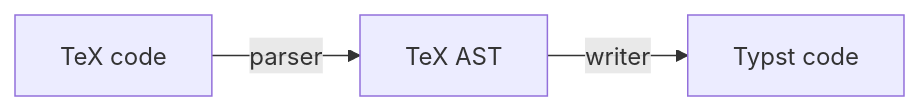
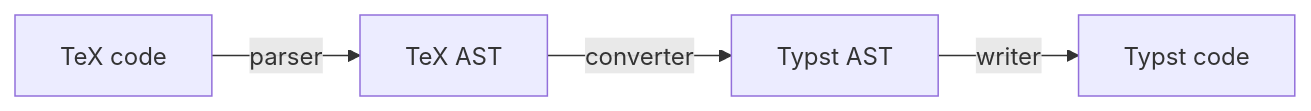
Before and after one commit to qwinsi/tex2typst: the diagram in README.md, drawn with Mermaid. The commit also changed other lines of this file, not shown here.

````diff
--- a/README.md
+++ b/README.md
@@ -60,4 +60,4 @@
 ```mermaid
 graph LR
-    tex[TeX code] --parser--> ast[TeX AST] --writer--> typst[Typst code]
+    tex[TeX code] --parser--> tex_ast[TeX AST] --converter--> typst_ast[Typst AST] --writer--> typst[Typst code]
 ```
````
